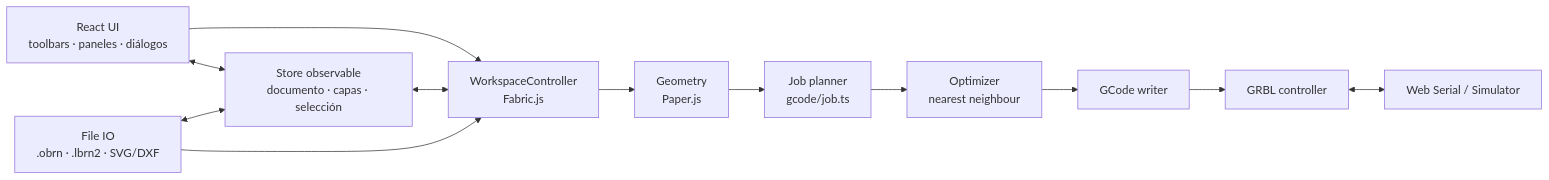
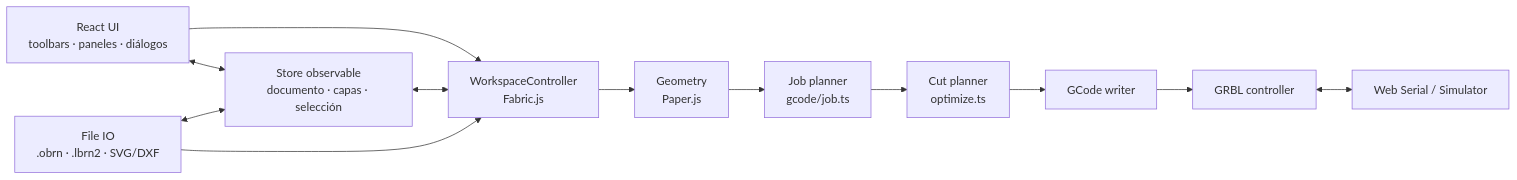
Before and after one commit to SJLS27/openburn: the diagram in docs/ARCHITECTURE.md, drawn with Mermaid. The commit also changed 18 other files, not shown here.

````diff
--- a/docs/ARCHITECTURE.md
+++ b/docs/ARCHITECTURE.md
@@ -9,25 +9,25 @@
 ```mermaid
 flowchart LR
     UI[React UI<br/>toolbars · paneles · diálogos]
     STORE[Store observable<br/>documento · capas · selección]
     CANVAS[WorkspaceController<br/>Fabric.js]
     GEO[Geometry<br/>Paper.js]
     PLAN[Job planner<br/>gcode/job.ts]
-    OPT[Optimizer<br/>nearest neighbour]
+    OPT[Cut planner<br/>optimize.ts]
     GCODE[GCode writer]
     MACHINE[GRBL controller]
     SERIAL[Web Serial / Simulator]
     FILES[File IO<br/>.obrn · .lbrn2 · SVG/DXF]
 
     UI <--> STORE
     UI --> CANVAS
     STORE <--> CANVAS
     CANVAS --> GEO
     GEO --> PLAN
     PLAN --> OPT
     OPT --> GCODE
     GCODE --> MACHINE
     MACHINE <--> SERIAL
     FILES <--> STORE
     FILES --> CANVAS
 ```
````
